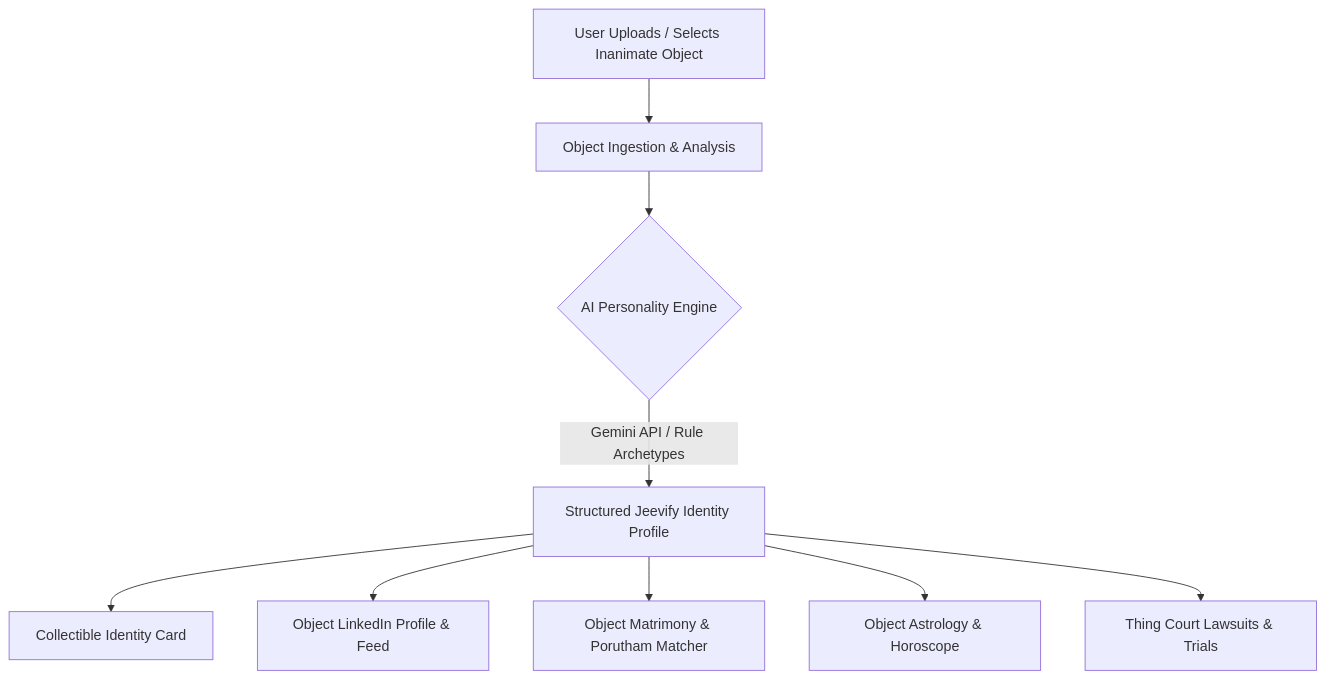
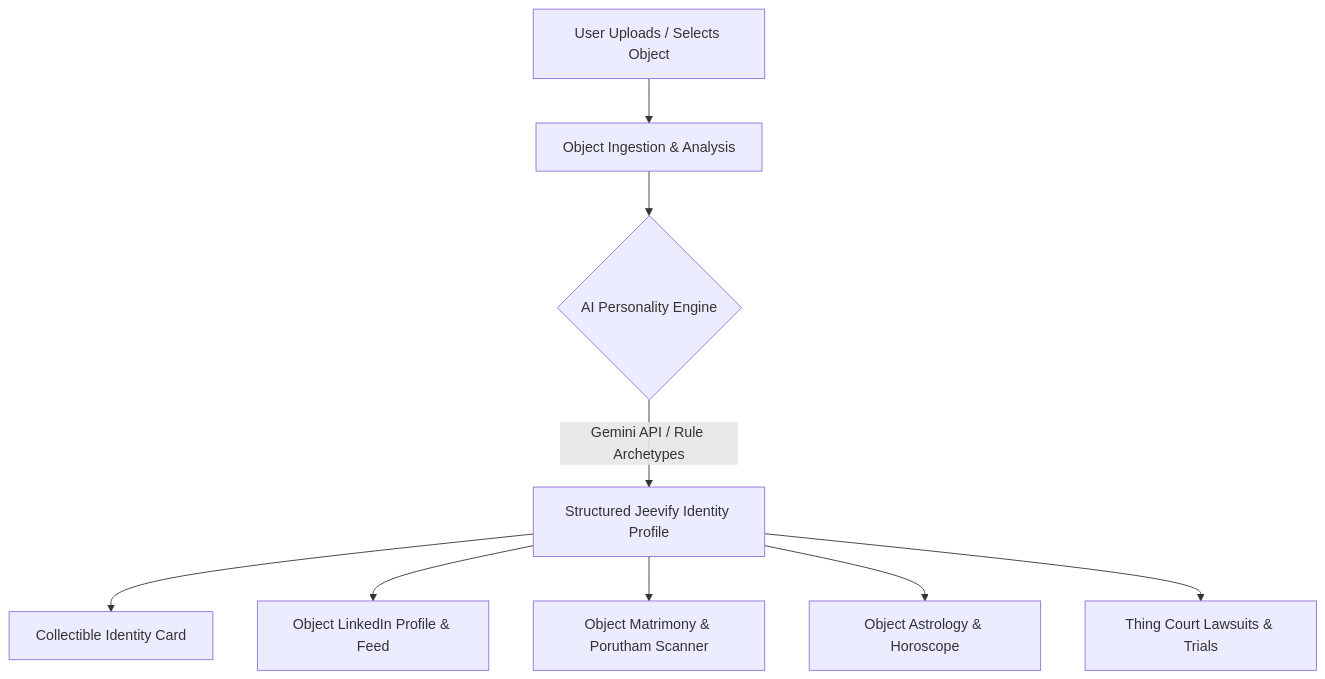
One commit to xbot-star/useless_project_glitch changed the diagram in README.md. Above: the diagram before and after it, drawn with Mermaid. The commit also changed other lines of this file and 1 other file, not shown here.

Commit message:
docs: add SVG architecture workflow diagram and fix mermaid syntax

````diff
--- a/README.md
+++ b/README.md
@@ -92,11 +98,11 @@
 ```mermaid
 flowchart TD
-    A[User Uploads / Selects Inanimate Object] --> B[Object Ingestion & Analysis]
-    B --> C{AI Personality Engine}
-    C -->|Gemini API / Rule Archetypes| D[Structured Jeevify Identity Profile]
-    D --> E[Collectible Identity Card]
-    D --> F[Object LinkedIn Profile & Feed]
-    D --> H[Object Matrimony & Porutham Matcher]
-    D --> I[Object Astrology & Horoscope]
-    D --> J[Thing Court Lawsuits & Trials]
+    A["User Uploads / Selects Object"] --> B["Object Ingestion & Analysis"]
+    B --> C{"AI Personality Engine"}
+    C -->|"Gemini API / Rule Archetypes"| D["Structured Jeevify Identity Profile"]
+    D --> E["Collectible Identity Card"]
+    D --> F["Object LinkedIn Profile & Feed"]
+    D --> G["Object Matrimony & Porutham Scanner"]
+    D --> H["Object Astrology & Horoscope"]
+    D --> I["Thing Court Lawsuits & Trials"]
 ```
````
